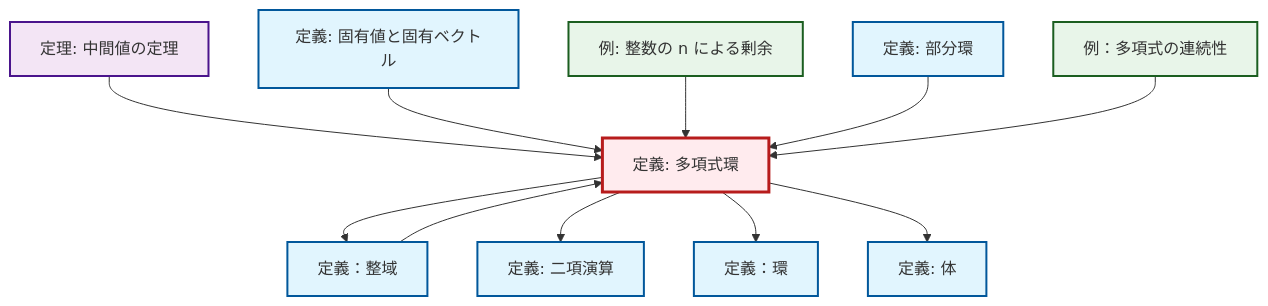
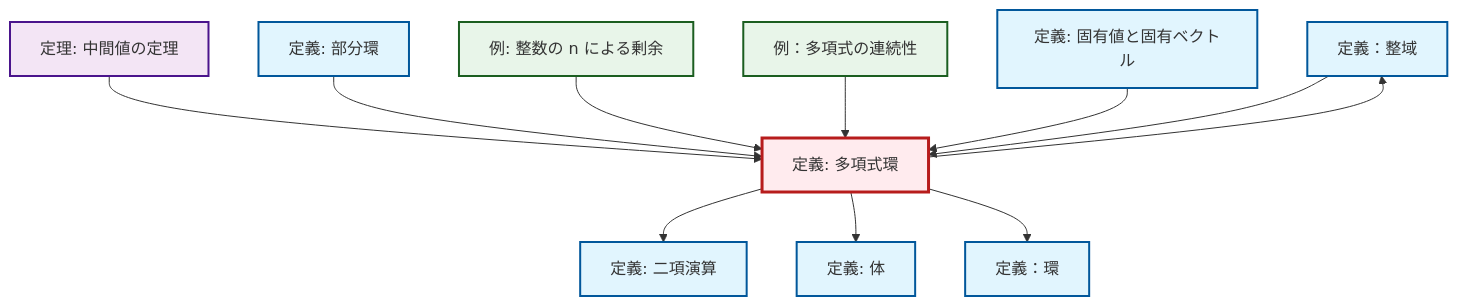
One commit to RK0429/ModernMath changed the diagram in content/ja/algebra/def-polynomial-ring.qmd. Above: the diagram before and after it, drawn with Mermaid. The commit also changed other lines of this file and 328 other files, not shown here.

````diff
--- a/content/ja/algebra/def-polynomial-ring.qmd
+++ b/content/ja/algebra/def-polynomial-ring.qmd
@@ -94,39 +94,39 @@
 ```{mermaid}
 %%| fig-cap: "ローカル依存関係グラフ"
 graph TD
     classDef definition fill:#e1f5fe,stroke:#01579b,stroke-width:2px
     classDef theorem fill:#f3e5f5,stroke:#4a148c,stroke-width:2px
     classDef axiom fill:#fff3e0,stroke:#e65100,stroke-width:2px
     classDef example fill:#e8f5e9,stroke:#1b5e20,stroke-width:2px
     classDef current fill:#ffebee,stroke:#b71c1c,stroke-width:3px
+    def-integral-domain["定義：整域"]:::definition
+    def-field["定義: 体"]:::definition
+    thm-intermediate-value["定理: 中間値の定理"]:::theorem
+    def-ring["定義：環"]:::definition
+    ex-quotient-integers-mod-n["例: 整数の n による剰余"]:::example
+    def-eigenvalue-eigenvector["定義: 固有値と固有ベクトル"]:::definition
+    def-binary-operation["定義: 二項演算"]:::definition
+    def-subring["定義: 部分環"]:::definition
     ex-polynomial-continuity["例：多項式の連続性"]:::example
-    def-binary-operation["定義: 二項演算"]:::definition
-    def-eigenvalue-eigenvector["定義: 固有値と固有ベクトル"]:::definition
-    def-integral-domain["定義：整域"]:::definition
-    def-subring["定義: 部分環"]:::definition
-    ex-quotient-integers-mod-n["例: 整数の n による剰余"]:::example
     def-polynomial-ring["定義: 多項式環"]:::definition
-    def-ring["定義：環"]:::definition
-    thm-intermediate-value["定理: 中間値の定理"]:::theorem
-    def-field["定義: 体"]:::definition
-    def-polynomial-ring --> def-integral-domain
     thm-intermediate-value --> def-polynomial-ring
     def-polynomial-ring --> def-binary-operation
+    def-polynomial-ring --> def-integral-domain
+    def-subring --> def-polynomial-ring
+    ex-quotient-integers-mod-n --> def-polynomial-ring
+    def-polynomial-ring --> def-field
+    ex-polynomial-continuity --> def-polynomial-ring
     def-eigenvalue-eigenvector --> def-polynomial-ring
+    def-polynomial-ring --> def-ring
     def-integral-domain --> def-polynomial-ring
-    ex-quotient-integers-mod-n --> def-polynomial-ring
-    def-subring --> def-polynomial-ring
-    def-polynomial-ring --> def-ring
-    ex-polynomial-continuity --> def-polynomial-ring
-    def-polynomial-ring --> def-field
     class def-polynomial-ring current
+    click def-integral-domain "def-integral-domain.html" "定義：整域へ"
+    click def-field "def-field.html" "体の定義へ"
+    click thm-intermediate-value "thm-intermediate-value.html" "中間値の定理の定理へ"
+    click def-ring "def-ring.html" "定義：環へ"
+    click ex-quotient-integers-mod-n "ex-quotient-integers-mod-n.html" "整数の n による剰余の例へ"
+    click def-eigenvalue-eigenvector "def-eigenvalue-eigenvector.html" "固有値と固有ベクトルの定義へ"
+    click def-binary-operation "def-binary-operation.html" "二項演算の定義へ"
+    click def-subring "def-subring.html" "部分環の定義へ"
     click ex-polynomial-continuity "ex-polynomial-continuity.html" "例：多項式の連続性へ"
-    click def-binary-operation "def-binary-operation.html" "二項演算の定義へ"
-    click def-eigenvalue-eigenvector "def-eigenvalue-eigenvector.html" "固有値と固有ベクトルの定義へ"
-    click def-integral-domain "def-integral-domain.html" "定義：整域へ"
-    click def-subring "def-subring.html" "部分環の定義へ"
-    click ex-quotient-integers-mod-n "ex-quotient-integers-mod-n.html" "整数の n による剰余の例へ"
-    click def-ring "def-ring.html" "定義：環へ"
-    click thm-intermediate-value "thm-intermediate-value.html" "中間値の定理の定理へ"
-    click def-field "def-field.html" "体の定義へ"
 ```
````
